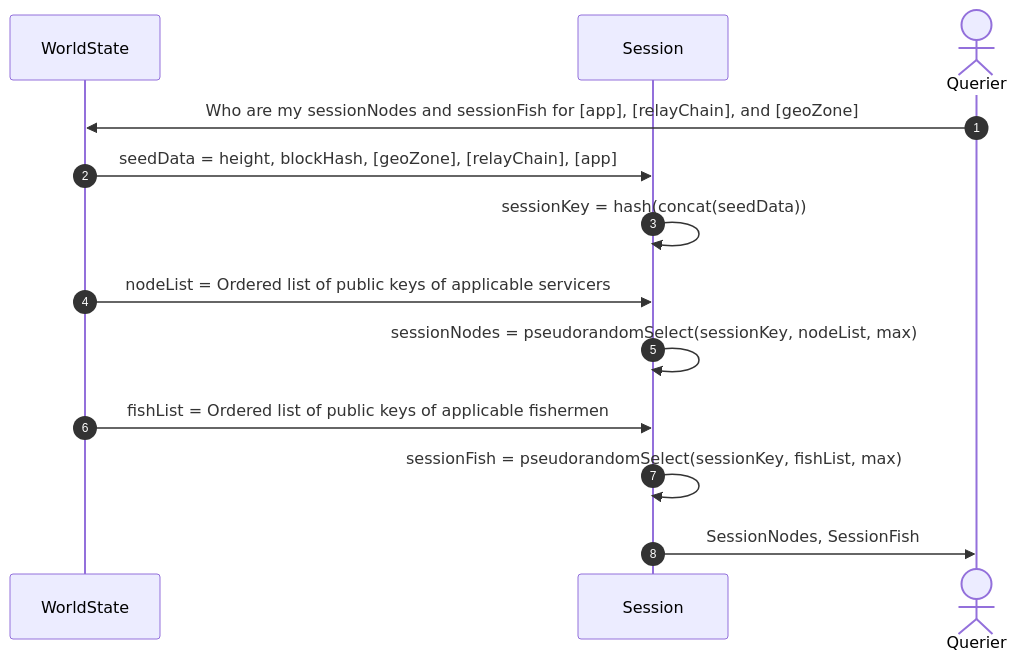
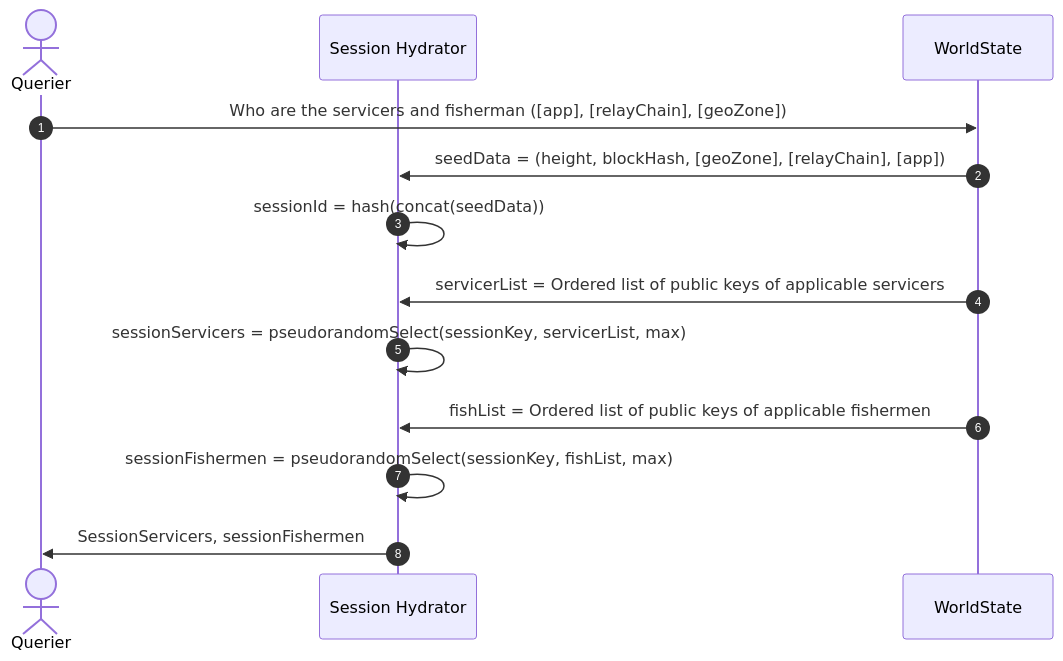
One commit to pokt-network/pocket changed the diagram in utility/doc/PROTOCOL_SESSION.md. Above: the diagram before and after it, drawn with Mermaid. The commit also changed other lines of this file and 3 other files, not shown here.

````diff
--- a/utility/doc/PROTOCOL_SESSION.md
+++ b/utility/doc/PROTOCOL_SESSION.md
@@ -52,16 +31,22 @@
 ```mermaid
 sequenceDiagram
     autonumber
-    participant WorldState
-    participant Session
-    %% The `Qurier` is anyone (app or not) that asks to retrieve session information
-    actor Querier
-    Querier->>WorldState: Who are my sessionNodes and sessionFish for [app], [relayChain], and [geoZone]
-    WorldState->>Session: seedData = height, blockHash, [geoZone], [relayChain], [app]
-    Session->>Session: sessionKey = hash(concat(seedData))
-    WorldState->>Session: nodeList = Ordered list of public keys of applicable servicers
-    Session->>Session: sessionNodes = pseudorandomSelect(sessionKey, nodeList, max)
-    WorldState->>Session: fishList = Ordered list of public keys of applicable fishermen
-    Session->>Session: sessionFish = pseudorandomSelect(sessionKey, fishList, max)
-    Session->>Querier: SessionNodes, SessionFish
+
+    %% The `Querier` is anyone (app or not) that asks to retrieve session metadata
+    actor Q AS Querier
+
+    participant S AS Session Hydrator
+    participant WS AS WorldState
+
+    Q->>WS: Who are the servicers and fisherman ([app], [relayChain], [geoZone])
+    WS->>S: seedData = (height, blockHash, [geoZone], [relayChain], [app])
+
+    S->>S: sessionId = hash(concat(seedData))
+    WS->>S: servicerList = Ordered list of public keys of applicable servicers
+
+    S->>S: sessionServicers = pseudorandomSelect(sessionKey, servicerList, max)
+    WS->>S: fishList = Ordered list of public keys of applicable fishermen
+
+    S->>S: sessionFishermen = pseudorandomSelect(sessionKey, fishList, max)
+    S->>Q: SessionServicers, sessionFishermen
 ```
````
